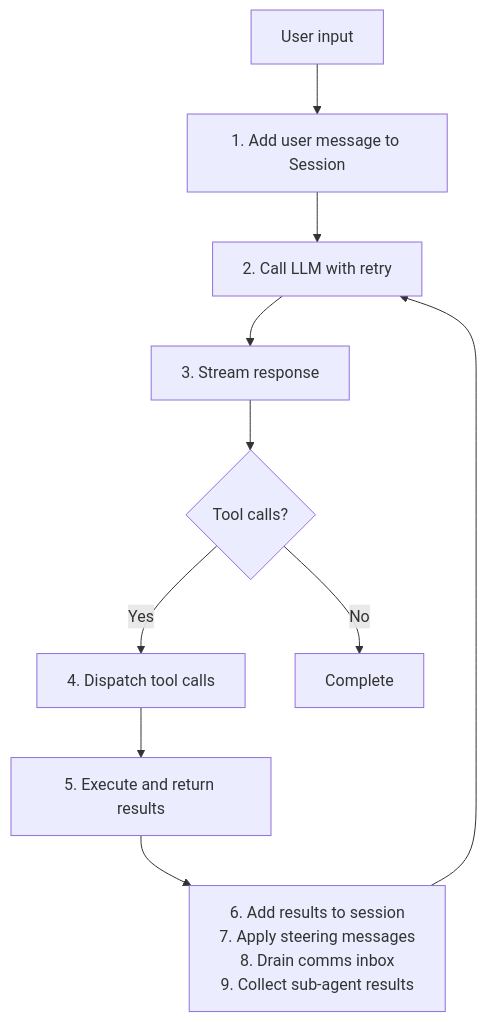
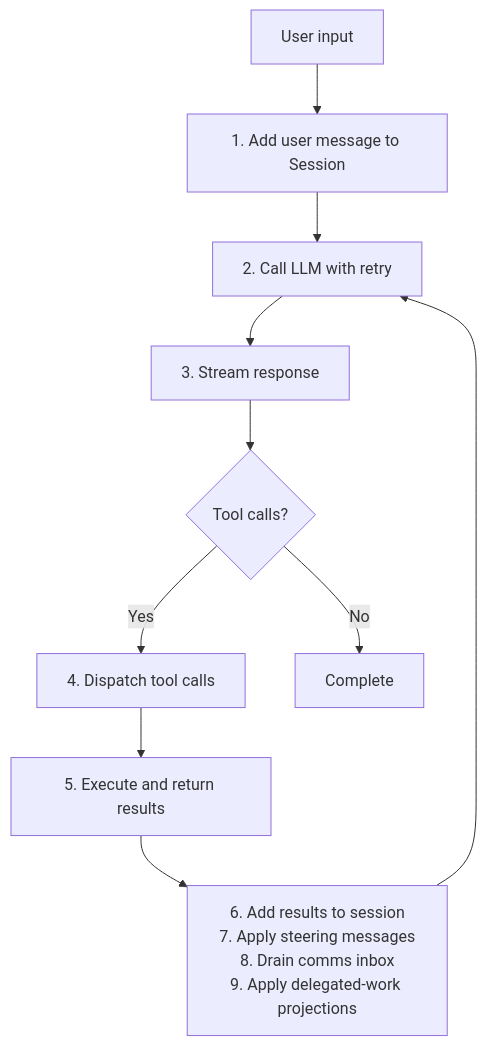
One commit to lukacf/meerkat changed the fourth of 4 diagrams in docs/reference/architecture.mdx. Above: the diagram before and after it, drawn with Mermaid. The commit also changed other lines of this file and 76 other files, not shown here.

````diff
--- a/docs/reference/architecture.mdx
+++ b/docs/reference/architecture.mdx
@@ -527,12 +527,12 @@
 ```mermaid
 flowchart TD
     INPUT["User input"] --> ADD["1. Add user message to Session"]
     ADD --> LLM["2. Call LLM with retry"]
     LLM --> STREAM["3. Stream response"]
     STREAM --> CHECK{Tool calls?}
     CHECK -- Yes --> DISPATCH["4. Dispatch tool calls"]
     DISPATCH --> RESULTS["5. Execute and return results"]
-    RESULTS --> POST["6. Add results to session<br/>7. Apply steering messages<br/>8. Drain comms inbox<br/>9. Collect sub-agent results"]
+    RESULTS --> POST["6. Add results to session<br/>7. Apply steering messages<br/>8. Drain comms inbox<br/>9. Apply delegated-work projections"]
     POST --> LLM
     CHECK -- No --> DONE["Complete"]
 ```
````
